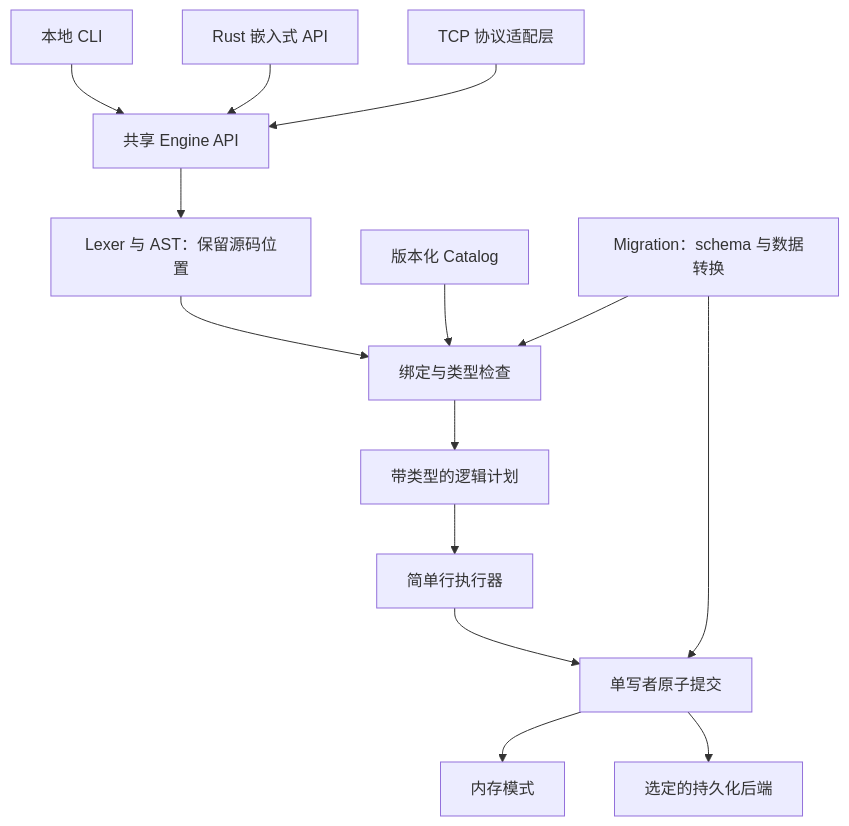
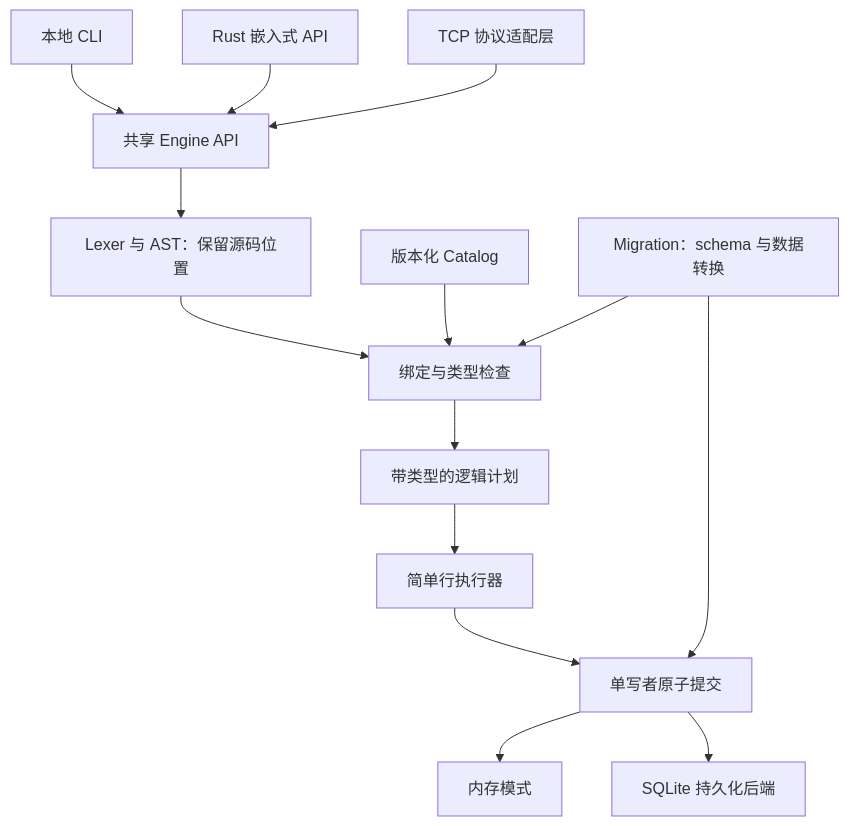
The diagram in docs/DESIGN.md (worktools/unionid), drawn with Mermaid before and after one commit. The commit also changed other lines of this file and 11 other files, not shown here.

````diff
--- a/docs/DESIGN.md
+++ b/docs/DESIGN.md
@@ -142,16 +142,16 @@
 ```mermaid
 flowchart TD
   CLI[本地 CLI] --> API[共享 Engine API]
   Rust[Rust 嵌入式 API] --> API
   TCP[TCP 协议适配层] --> API
   API --> Parser[Lexer 与 AST：保留源码位置]
   Parser --> Checker[绑定与类型检查]
   Catalog[版本化 Catalog] --> Checker
   Checker --> Plan[带类型的逻辑计划]
   Plan --> Exec[简单行执行器]
   Migration[Migration：schema 与数据转换] --> Checker
   Exec --> Tx[单写者原子提交]
   Migration --> Tx
   Tx --> Memory[内存模式]
-  Tx --> Durable[选定的持久化后端]
+  Tx --> Durable[SQLite 持久化后端]
 ```
````
